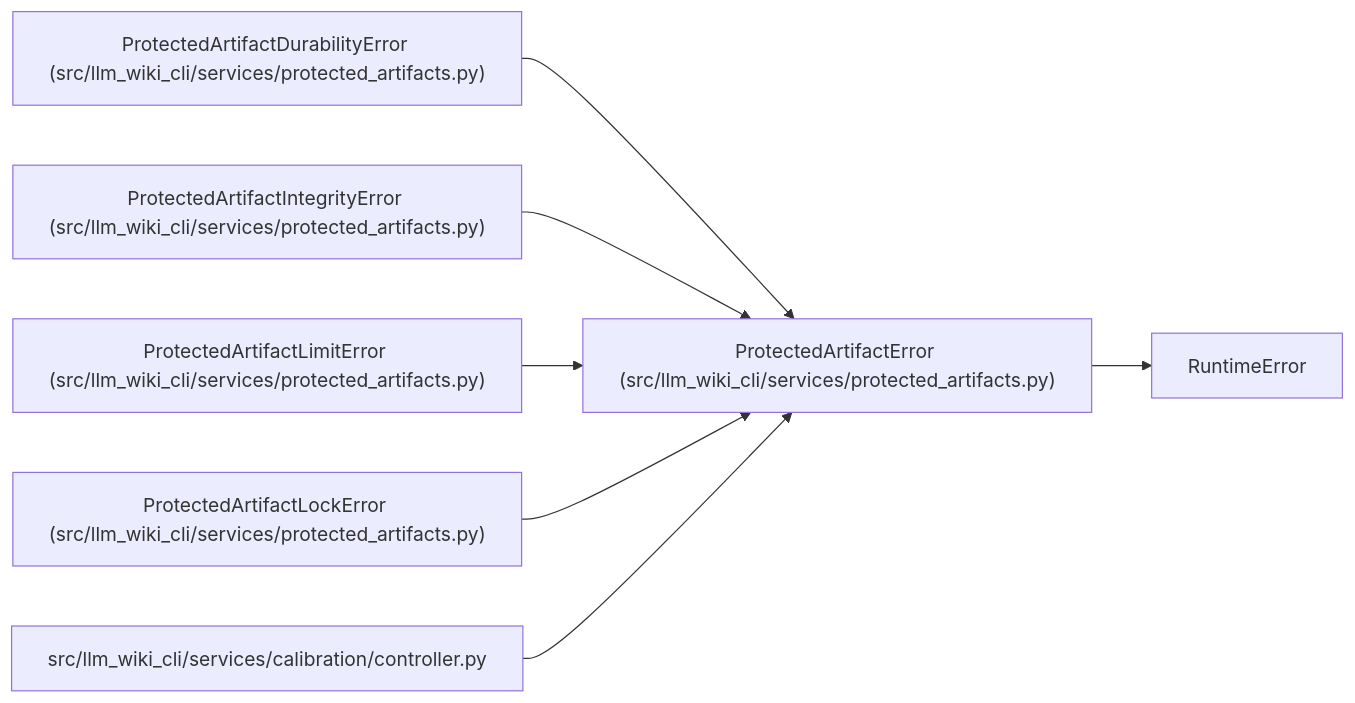
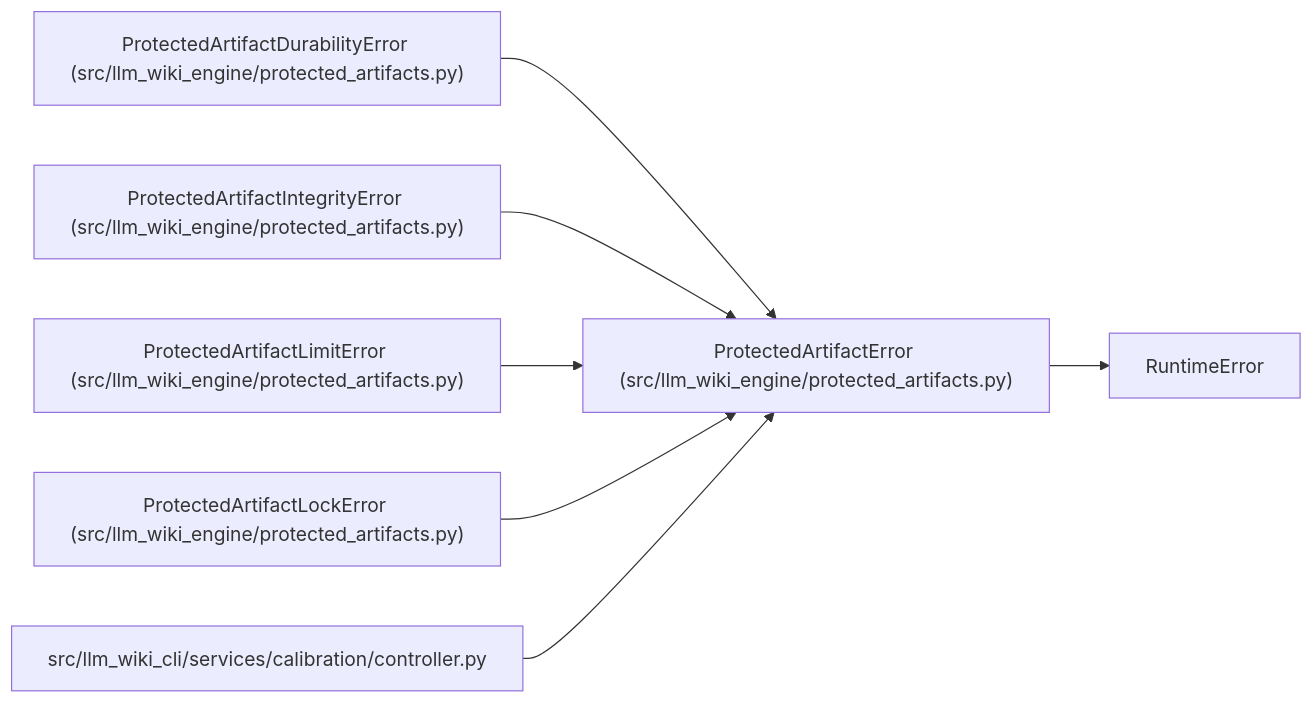
One commit to Denissvgn/python-wiki-llm changed the diagram in docs/llm_wiki/entities/ProtectedArtifactError.md. Above: the diagram before and after it, drawn with Mermaid. The commit also changed other lines of this file and 739 other files, not shown here.

First line of the commit message:
docs: refresh the wiki for the second engine batch

````diff
--- a/docs/llm_wiki/entities/ProtectedArtifactError.md
+++ b/docs/llm_wiki/entities/ProtectedArtifactError.md
@@ -23,22 +23,22 @@
 ```mermaid
 flowchart LR
-    n0["ProtectedArtifactError (src/llm_wiki_cli/services/protected_artifacts.py)"]
+    n0["ProtectedArtifactError (src/llm_wiki_engine/protected_artifacts.py)"]
     n1["RuntimeError"]
-    n2["ProtectedArtifactDurabilityError (src/llm_wiki_cli/services/protected_artifacts.py)"]
-    n3["ProtectedArtifactIntegrityError (src/llm_wiki_cli/services/protected_artifacts.py)"]
-    n4["ProtectedArtifactLimitError (src/llm_wiki_cli/services/protected_artifacts.py)"]
-    n5["ProtectedArtifactLockError (src/llm_wiki_cli/services/protected_artifacts.py)"]
+    n2["ProtectedArtifactDurabilityError (src/llm_wiki_engine/protected_artifacts.py)"]
+    n3["ProtectedArtifactIntegrityError (src/llm_wiki_engine/protected_artifacts.py)"]
+    n4["ProtectedArtifactLimitError (src/llm_wiki_engine/protected_artifacts.py)"]
+    n5["ProtectedArtifactLockError (src/llm_wiki_engine/protected_artifacts.py)"]
     n6["src/llm_wiki_cli/services/calibration/controller.py"]
     n0 --> n1
     n2 --> n0
     n3 --> n0
     n4 --> n0
     n5 --> n0
     n6 --> n0
     click n0 "../modules/protected_artifacts.md"
     click n2 "../modules/protected_artifacts.md"
     click n3 "../modules/protected_artifacts.md"
     click n4 "../modules/protected_artifacts.md"
     click n5 "../modules/protected_artifacts.md"
     click n6 "../modules/controller.md"
 ```
````
